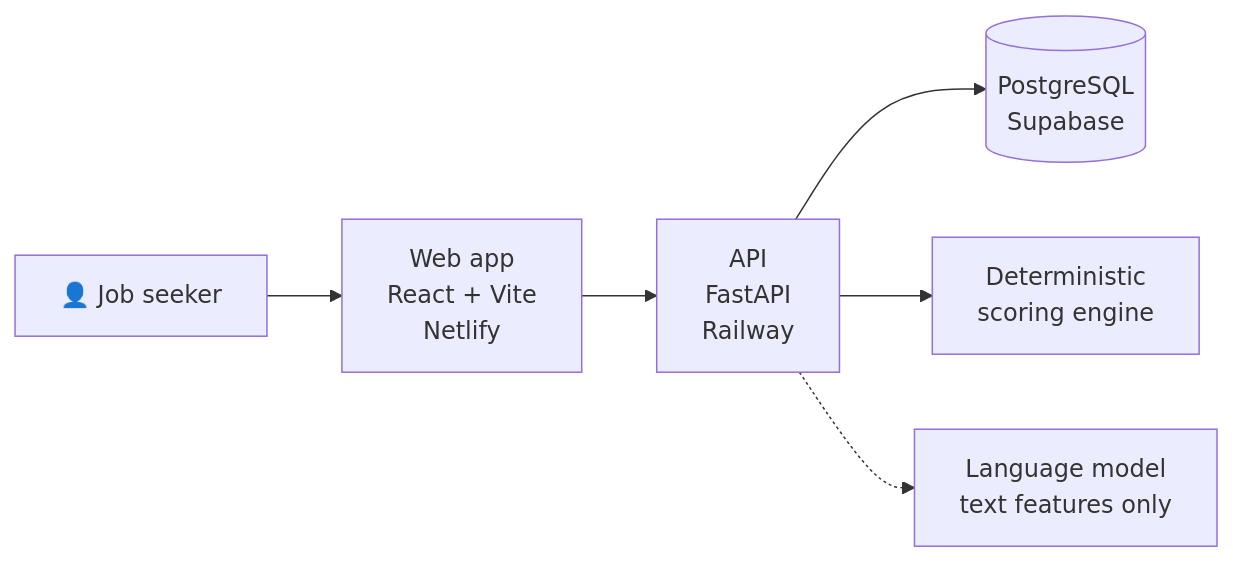
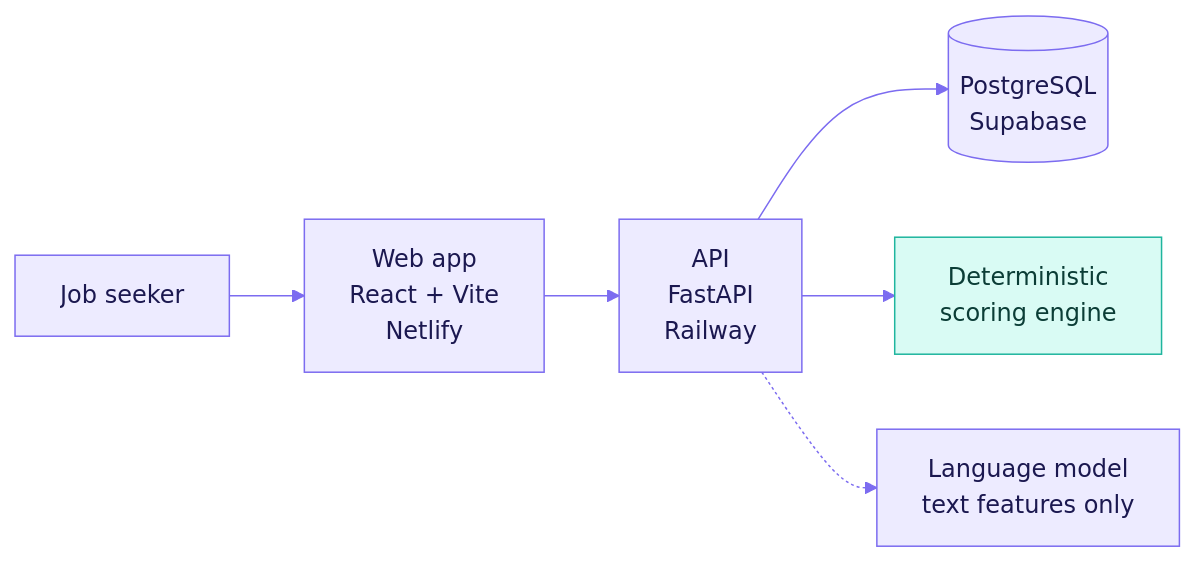
One commit to swagatskalita092/clearscan-engineering changed the diagram in README.md. Above: the diagram before and after it, drawn with Mermaid. The commit also changed other lines of this file and 10 other files, not shown here.

````diff
--- a/README.md
+++ b/README.md
@@ -57,8 +66,11 @@
 ```mermaid
+%%{init: {'theme':'base','themeVariables':{'primaryColor':'#EDEBFF','primaryTextColor':'#1B1850','primaryBorderColor':'#7C6CF0','lineColor':'#7C6CF0','fontFamily':'Inter, Segoe UI, sans-serif'}}}%%
 flowchart LR
-    U["👤 Job seeker"] --> W["Web app<br/>React + Vite<br/>Netlify"]
+    U["Job seeker"] --> W["Web app<br/>React + Vite<br/>Netlify"]
     W --> A["API<br/>FastAPI<br/>Railway"]
     A --> D[("PostgreSQL<br/>Supabase")]
     A --> S["Deterministic<br/>scoring engine"]
     A -.-> M["Language model<br/>text features only"]
+    classDef core fill:#D9FBF4,stroke:#1FB59E,color:#0B3D36;
+    class S core;
 ```
````
